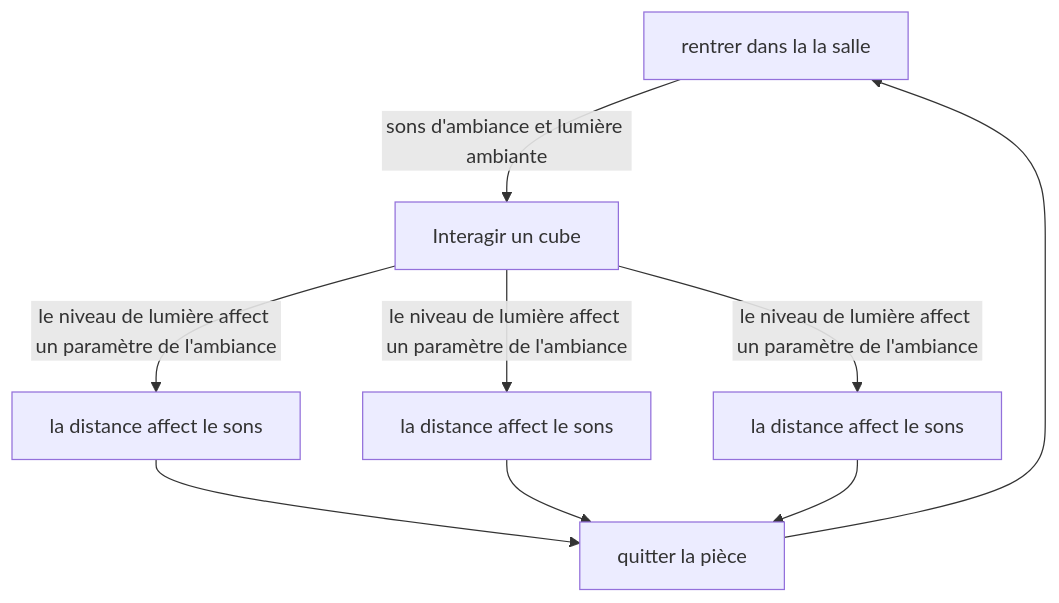
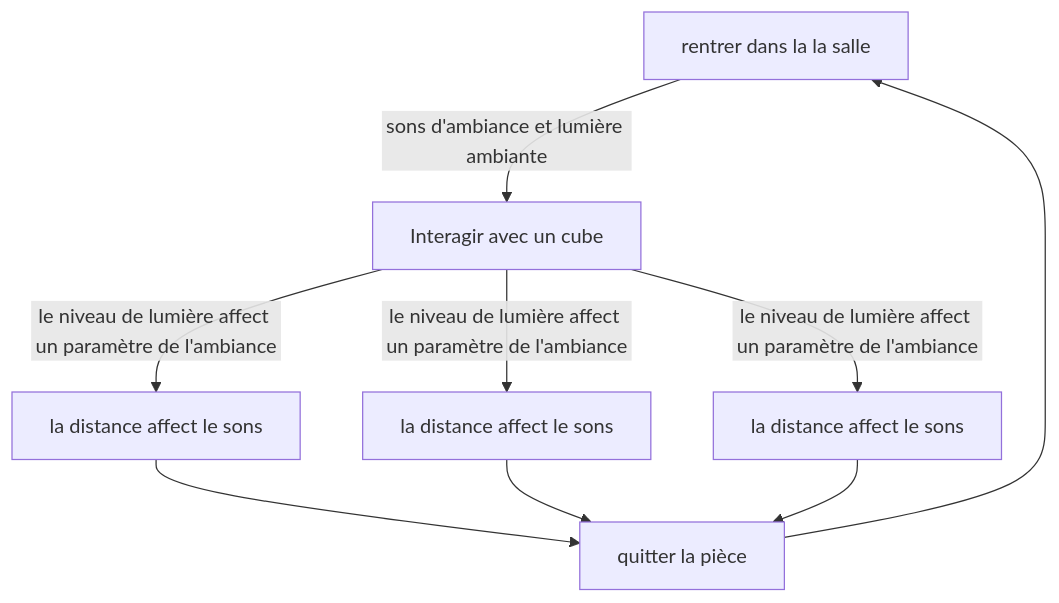
One commit to Ethereal-Creators/Etheria changed the diagram in 20_intention/30_scenario/README.md. Above: the diagram before and after it, drawn with Mermaid.

Commit message:
correction

````diff
--- a/20_intention/30_scenario/README.md
+++ b/20_intention/30_scenario/README.md
@@ -13,11 +13,11 @@
 ```mermaid
 graph TD
     A[rentrer dans la la salle] --sons d'ambiance et lumière ambiante--> B[la distance affect le sons]
-    B[Interagir un cube] -- le niveau de lumière affect un paramètre de l'ambiance --> C[la distance affect le sons]
+    B[Interagir avec un cube] -- le niveau de lumière affect un paramètre de l'ambiance --> C[la distance affect le sons]
     B --le niveau de lumière affect un paramètre de l'ambiance --> D[la distance affect le sons]
     B --le niveau de lumière affect un paramètre de l'ambiance --> E[la distance affect le sons]
     C --> F[quitter la pièce]
     D --> F[quitter la pièce]
     E --> F[quitter la pièce]
     F --> A
 ```
````
